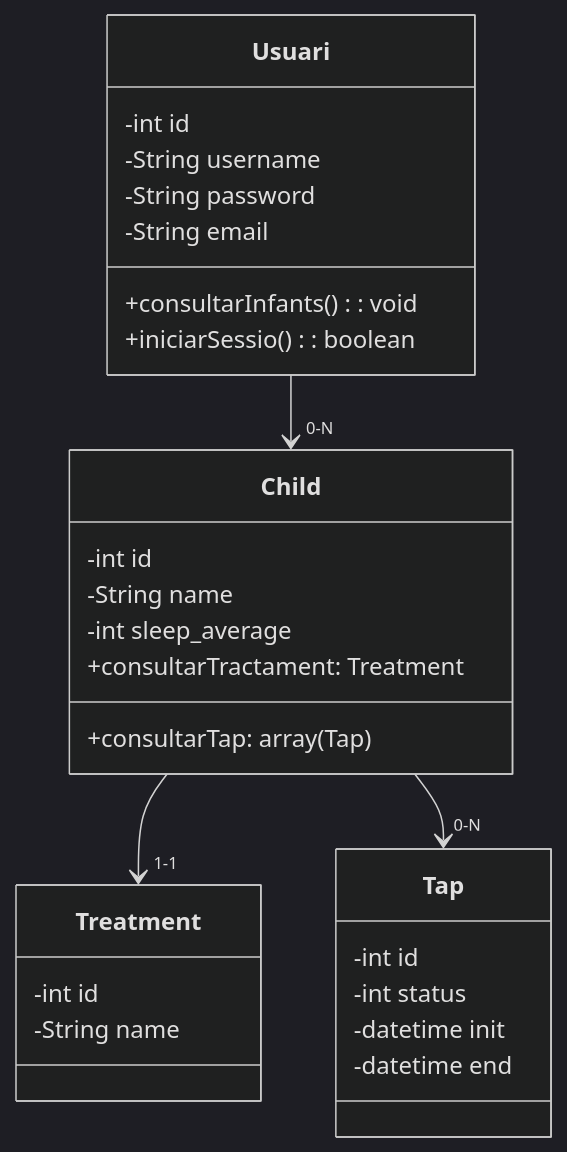
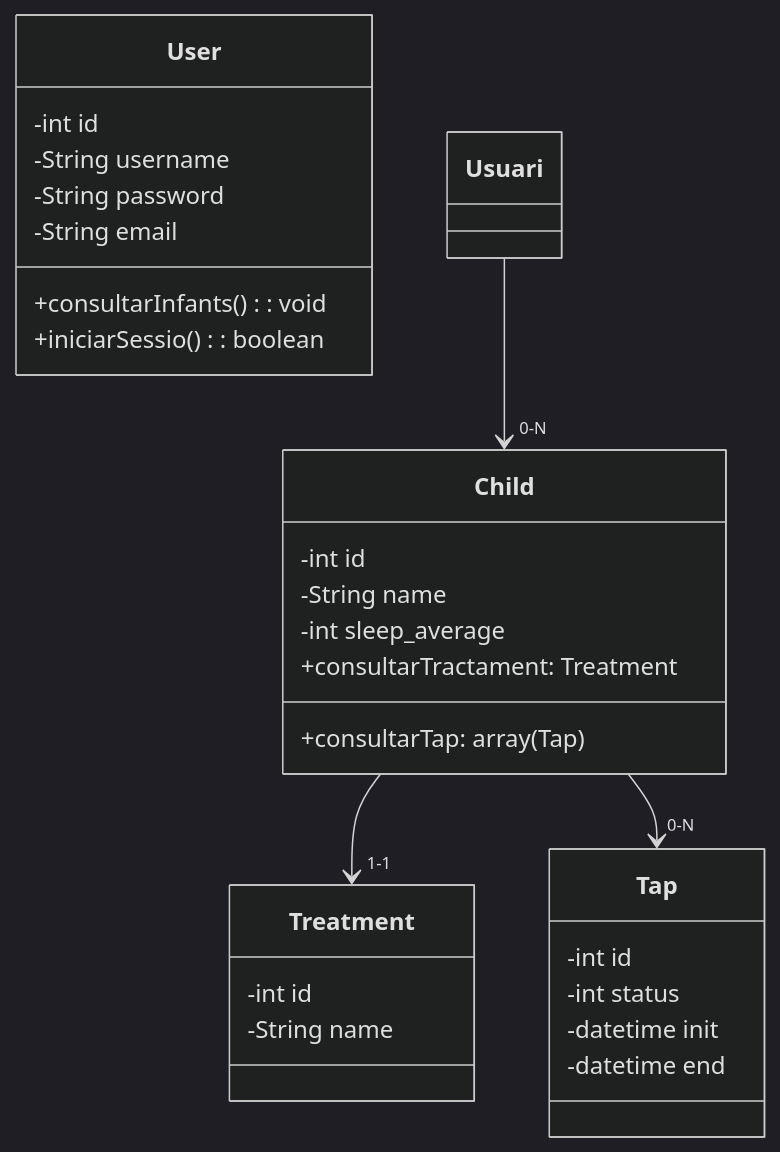
The diagram in chartd/classDiagram.mermaid (lauragrr1/tapatapp), drawn with Mermaid (dark theme) before and after one commit.

```diff
--- a/chartd/classDiagram.mermaid
+++ b/chartd/classDiagram.mermaid
@@ -1,35 +1,35 @@
 classDiagram
 
-class Usuari{
+class User{
     -int id
     -String username
     -String password
     -String email
     +consultarInfants(): void
     +iniciarSessio(): boolean
 }
 
 class Child{
     -int id
     -String name
     -int sleep_average
         
     +consultarTractament: Treatment
     +consultarTap: array(Tap)
 }
 
 class Treatment{
     -int id
     -String name
 }
 
 class Tap{
     -int id
     -int status
     -datetime init 
     -datetime end 
 }
 
 Usuari "" --> "0-N" Child
 Child "" --> "1-1" Treatment
 Child "" --> "0-N" Tap
```
